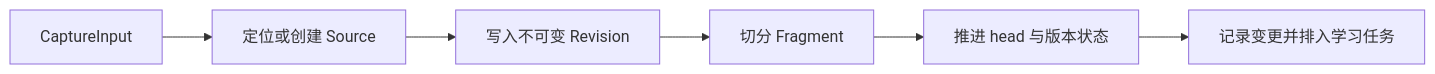
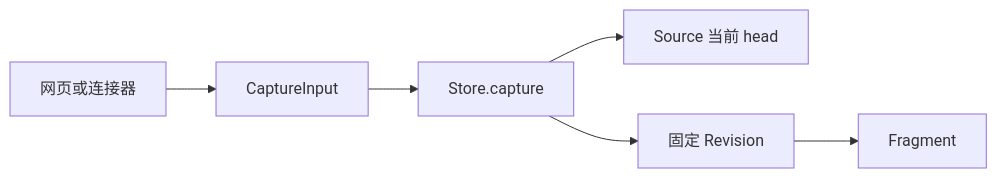
The diagram in .repo-review/knowledge/articles/08e8de8e7788195db049c6fb0184ebc7888d9ec16a991ed19523deb074181035.md (lejunyang/omem), drawn with Mermaid before and after one commit. The commit also changed other lines of this file and 3 other files, not shown here.

````diff
--- a/.repo-review/knowledge/articles/08e8de8e7788195db049c6fb0184ebc7888d9ec16a991ed19523deb074181035.md
+++ b/.repo-review/knowledge/articles/08e8de8e7788195db049c6fb0184ebc7888d9ec16a991ed19523deb074181035.md
@@ -50,8 +33,8 @@
-```mermaid
+~~~mermaid
 flowchart LR
-  A[CaptureInput] --> B[定位或创建 Source]
-  B --> C[写入不可变 Revision]
-  C --> D[切分 Fragment]
-  D --> E[推进 head 与版本状态]
-  E --> F[记录变更并排入学习任务]
-```
+  A[网页或连接器] --> B[CaptureInput]
+  B --> C[Store.capture]
+  C --> D[Source 当前 head]
+  C --> E[固定 Revision]
+  E --> F[Fragment]
+~~~
````
